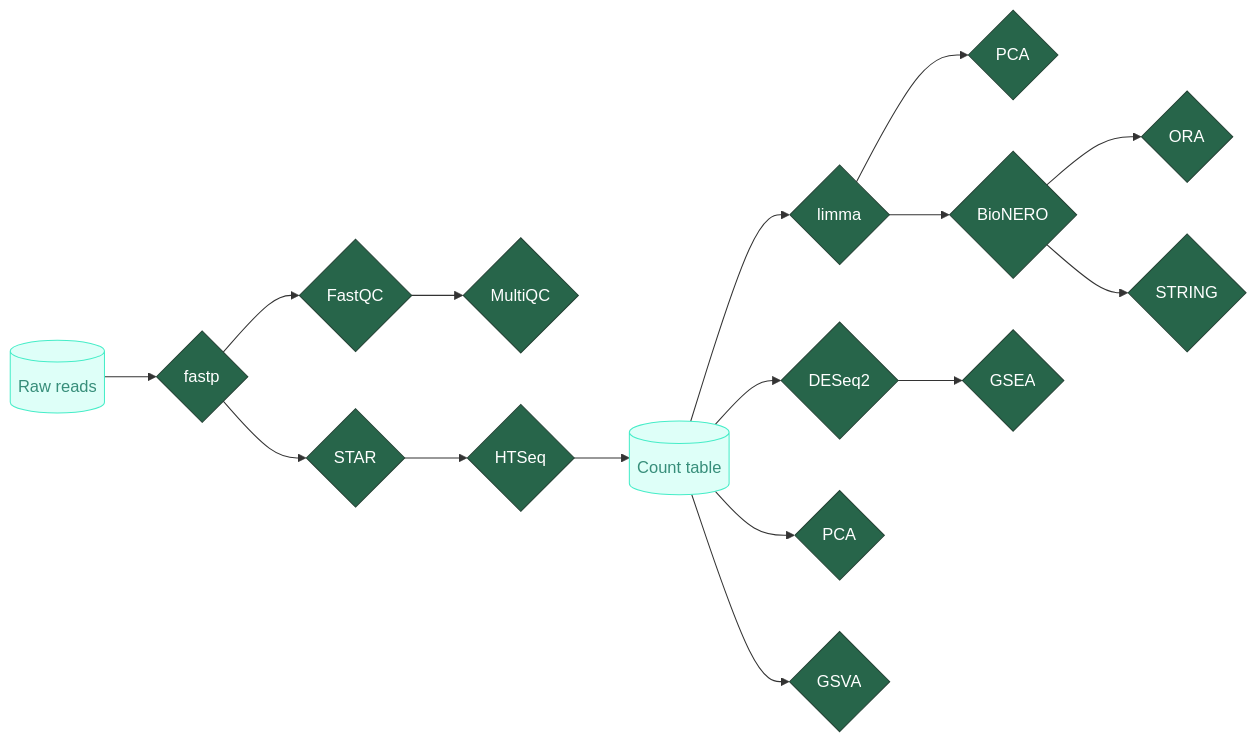
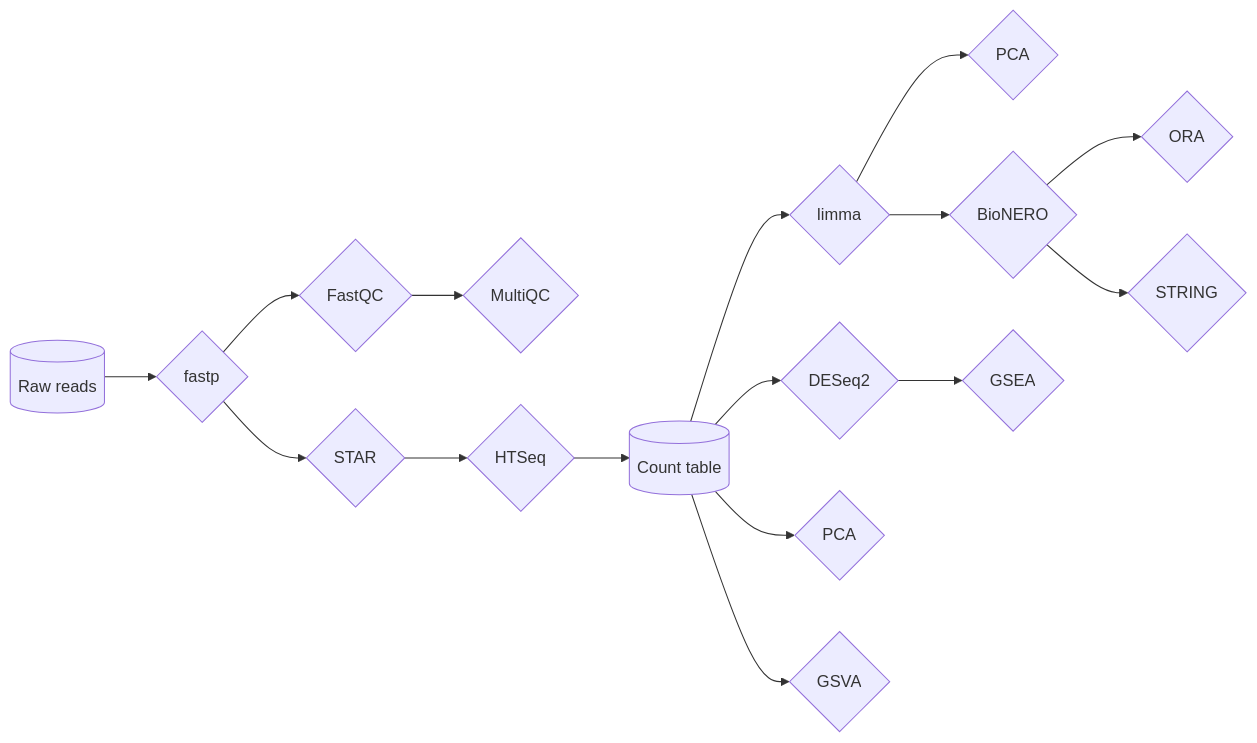
The diagram in RNA-seq-report.qmd (JeniaOle13/RNA-model-melanoma), drawn with Mermaid before and after one commit. The commit also changed other lines of this file and 19 other files, not shown here.

````diff
--- a/RNA-seq-report.qmd
+++ b/RNA-seq-report.qmd
@@ -21,33 +18,13 @@
 ```{mermaid}
 flowchart LR
     A[("Raw reads")] --> B{"fastp"}
     B --> C{"FastQC"} & E{"STAR"}
     C --> D{"MultiQC"}
     E --> F{"HTSeq"}
     F --> G[("Count table")]
     G --> I{"DESeq2"} & Z{"limma"} & W{"PCA"}
     Z --> H{"PCA"} & J{"BioNERO"}
     I --> K{"GSEA"}
     J --> L{"ORA"} & N{"STRING"}
     G --> V{"GSVA"}
-
-     A:::Aqua
-     B:::Aqua
-     B:::Pine
-     C:::Pine
-     E:::Pine
-     D:::Pine
-     F:::Pine
-     G:::Aqua
-     I:::Pine
-     Z:::Pine
-     W:::Pine
-     H:::Pine
-     J:::Pine
-     K:::Pine
-     L:::Pine
-     N:::Pine
-     V:::Pine
-    classDef Aqua stroke-width:1px, stroke-dasharray:none, stroke:#46EDC8, fill:#DEFFF8, color:#378E7A
-    classDef Pine stroke-width:1px, stroke-dasharray:none, stroke:#254336, fill:#27654A, color:#FFFFFF
 ```
````
